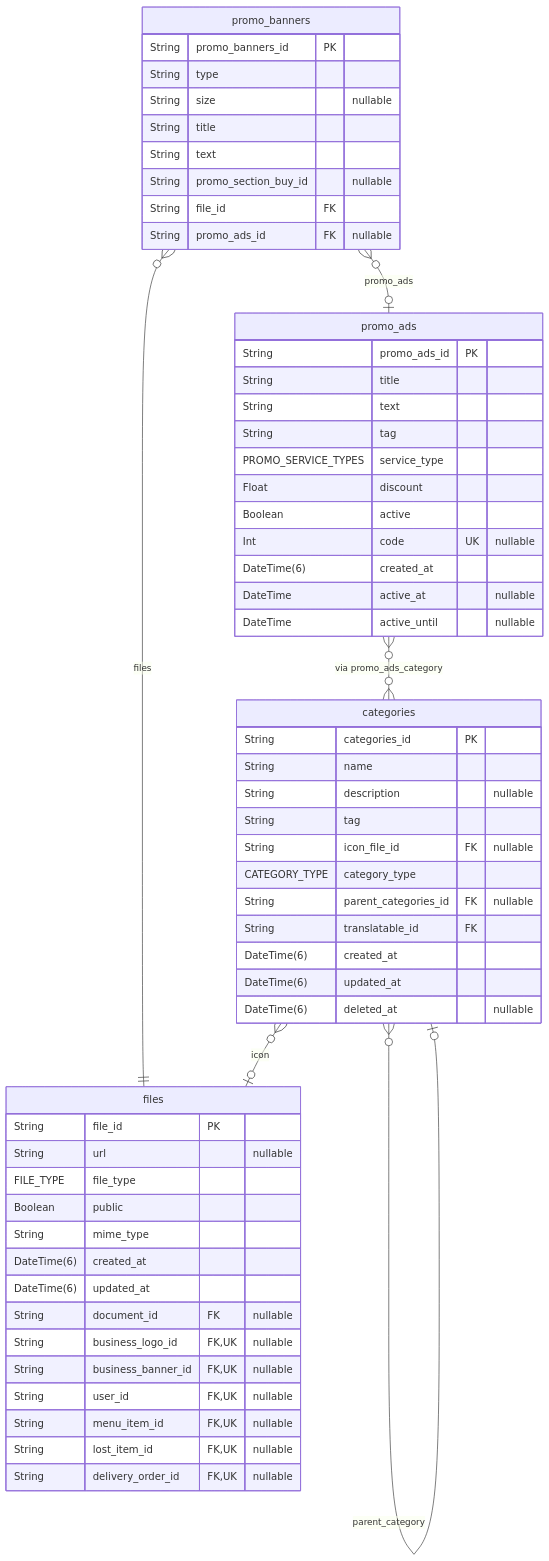
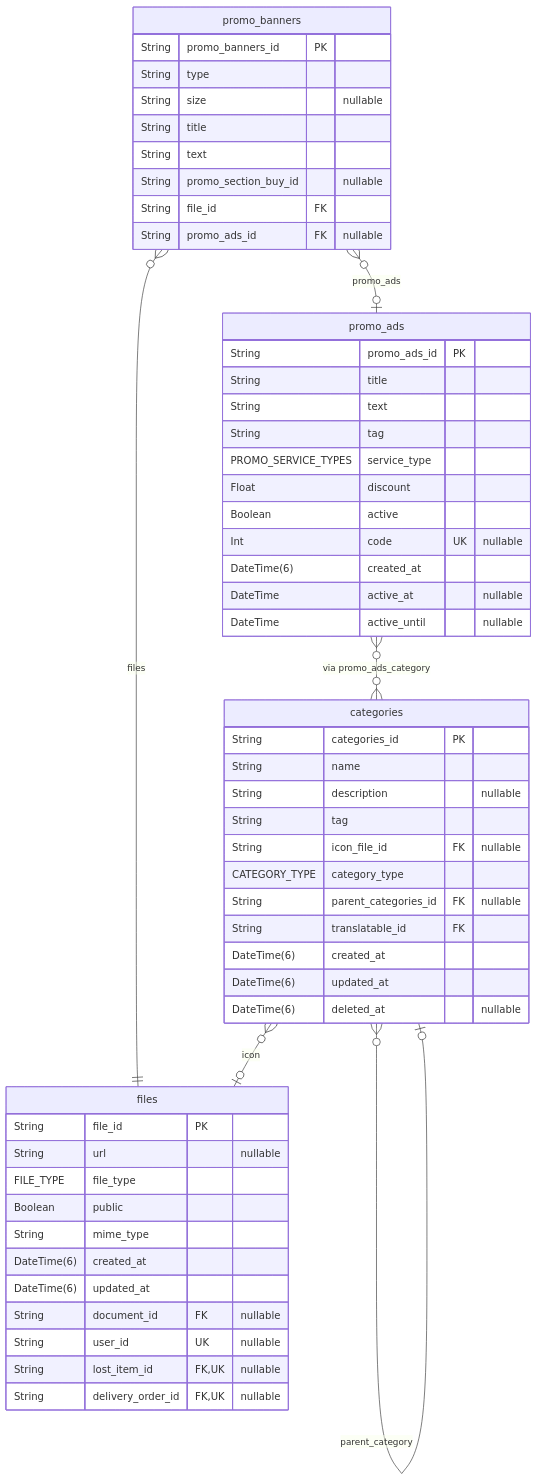
Before and after one commit to pbozic/be-analyisis: diagram 13 of 39 in prisma/schemas/ERD.md, drawn with Mermaid. The commit also changed other lines of this file and 6 other files, not shown here.

Commit message:
feature: erd bloat update + relation names change + removed newline in post-processing function

````diff
--- a/prisma/schemas/ERD.md
+++ b/prisma/schemas/ERD.md
@@ -2931,61 +2194,57 @@
 ```mermaid
 erDiagram
 "promo_banners" {
   String promo_banners_id PK
   String type
   String size "nullable"
   String title
   String text
   String promo_section_buy_id "nullable"
   String file_id FK
   String promo_ads_id FK "nullable"
 }
 "promo_ads" {
   String promo_ads_id PK
   String title
   String text
   String tag
   PROMO_SERVICE_TYPES service_type
   Float discount
   Boolean active
   Int code UK "nullable"
   DateTime(6) created_at
   DateTime active_at "nullable"
   DateTime active_until "nullable"
 }
 "files" {
   String file_id PK
   String url "nullable"
   FILE_TYPE file_type
   Boolean public
   String mime_type
   DateTime(6) created_at
   DateTime(6) updated_at
   String document_id FK "nullable"
-  String business_logo_id FK,UK "nullable"
-  String business_banner_id FK,UK "nullable"
-  String user_id FK,UK "nullable"
-  String menu_item_id FK,UK "nullable"
+  String user_id UK "nullable"
   String lost_item_id FK,UK "nullable"
   String delivery_order_id FK,UK "nullable"
 }
 "categories" {
   String categories_id PK
   String name
   String description "nullable"
   String tag
   String icon_file_id FK "nullable"
   CATEGORY_TYPE category_type
   String parent_categories_id FK "nullable"
   String translatable_id FK
   DateTime(6) created_at
   DateTime(6) updated_at
   DateTime(6) deleted_at "nullable"
 }
 "promo_banners" }o--|| "files" : files
 "promo_banners" }o--o| "promo_ads" : promo_ads
 "categories" }o--o| "files" : icon
 "categories" }o--o| "categories" : parent_category
-
 "promo_ads" }o--o{ "categories" : "via promo_ads_category"
 ```
````
